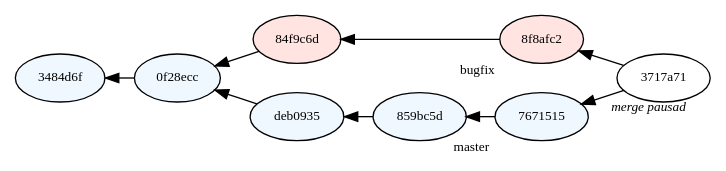
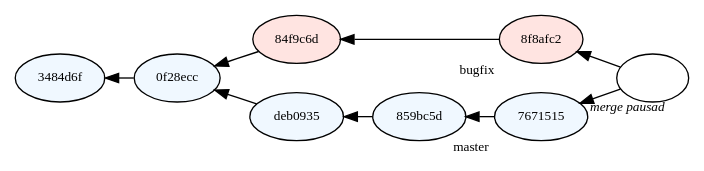
The diagram in lektioner/11-programmering-i-team/fig/merge.dot (jonaskeisu/newton-sysg-op1), drawn with Graphviz before and after one commit. The commit also changed 1 other file, not shown here.

```diff
--- a/lektioner/11-programmering-i-team/fig/merge.dot
+++ b/lektioner/11-programmering-i-team/fig/merge.dot
@@ -1,20 +1,20 @@
 digraph branch 
 {
   rankdir=LR
   ranksep=0.3
   nodesep=0.3
   node [fontsize=10, style=filled]
   edge [dir = "back"]
   c2 [label = "3484d6f", fillcolor=aliceblue]
   c3 [label = "0f28ecc", fillcolor=aliceblue]
   c4 [label = "84f9c6d", fillcolor=mistyrose]
   c5 [label = "8f8afc2", xlabel="bugfix", fillcolor=mistyrose]
   c6 [label = "deb0935", fillcolor=aliceblue]
   c7 [label = "859bc5d", fillcolor=aliceblue]
   c8 [label = "7671515", xlabel="master", fillcolor=aliceblue]
-  c9 [label = "3717a71", xlabel=<<I>merge pausad</I>>, fillcolor=none]
+  c9 [label = "", xlabel=<<I>merge pausad</I>>, fillcolor=none]
 
 
   c2 -> c3 -> c4 -> c5 -> c9
   c3 -> c6 -> c7  -> c8 -> c9
 }
```
